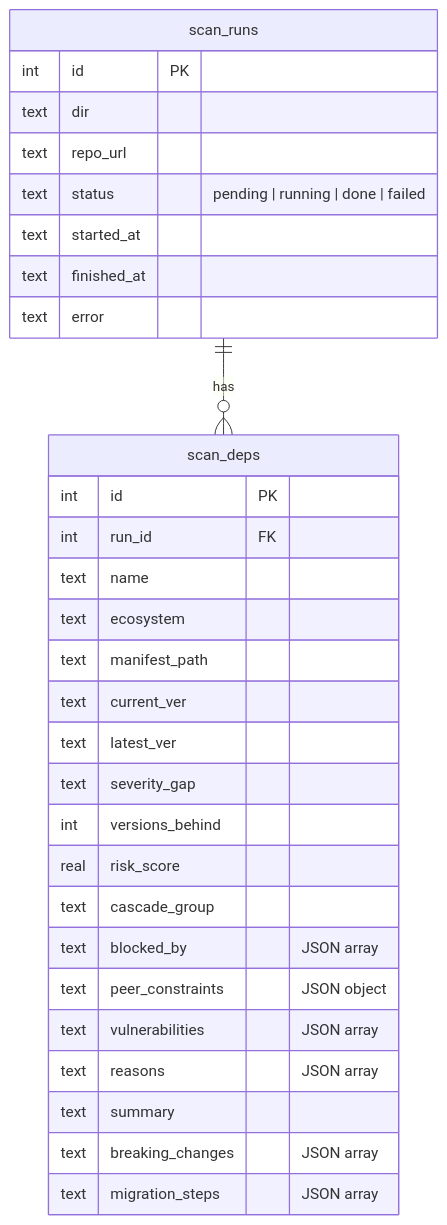
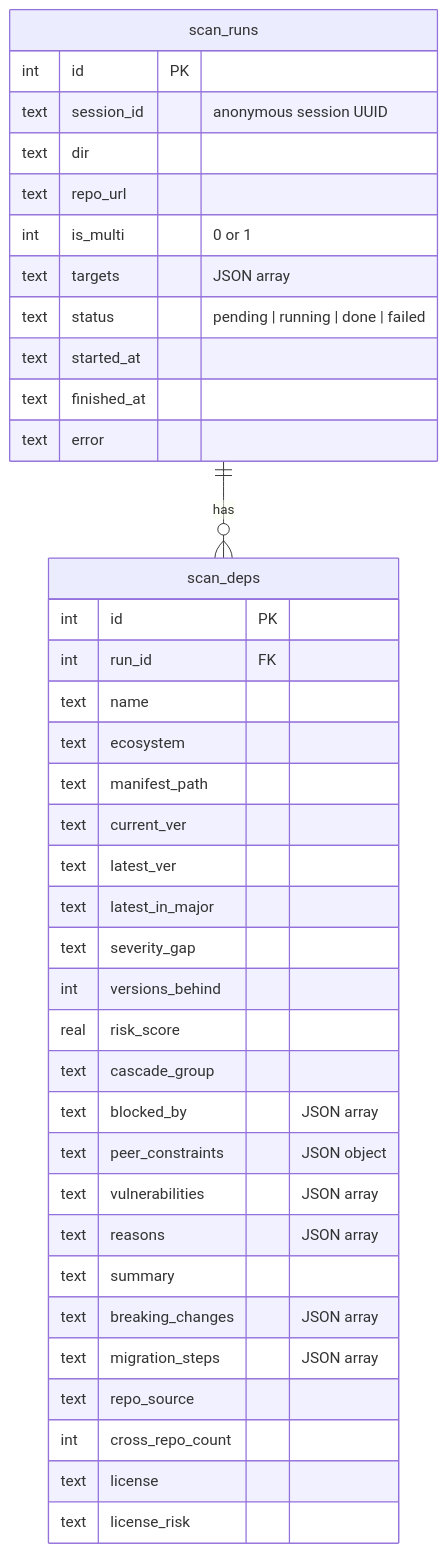
Diagram 14 of 18 in docs/architecture.md (Holquaria/dep-health), drawn with Mermaid before and after one commit. The commit also changed other lines of this file and 8 other files, not shown here.

````diff
--- a/docs/architecture.md
+++ b/docs/architecture.md
@@ -473,35 +483,43 @@
 ```mermaid
 erDiagram
     scan_runs {
         int     id          PK
+        text    session_id  "anonymous session UUID"
         text    dir
         text    repo_url
+        int     is_multi    "0 or 1"
+        text    targets     "JSON array"
         text    status      "pending | running | done | failed"
         text    started_at
         text    finished_at
         text    error
     }
 
     scan_deps {
         int     id              PK
         int     run_id          FK
         text    name
         text    ecosystem
         text    manifest_path
         text    current_ver
         text    latest_ver
+        text    latest_in_major
         text    severity_gap
         int     versions_behind
         real    risk_score
         text    cascade_group
         text    blocked_by      "JSON array"
         text    peer_constraints "JSON object"
         text    vulnerabilities  "JSON array"
         text    reasons          "JSON array"
         text    summary
         text    breaking_changes "JSON array"
         text    migration_steps  "JSON array"
+        text    repo_source
+        int     cross_repo_count
+        text    license
+        text    license_risk
     }
 
     scan_runs ||--o{ scan_deps : "has"
 ```
````
